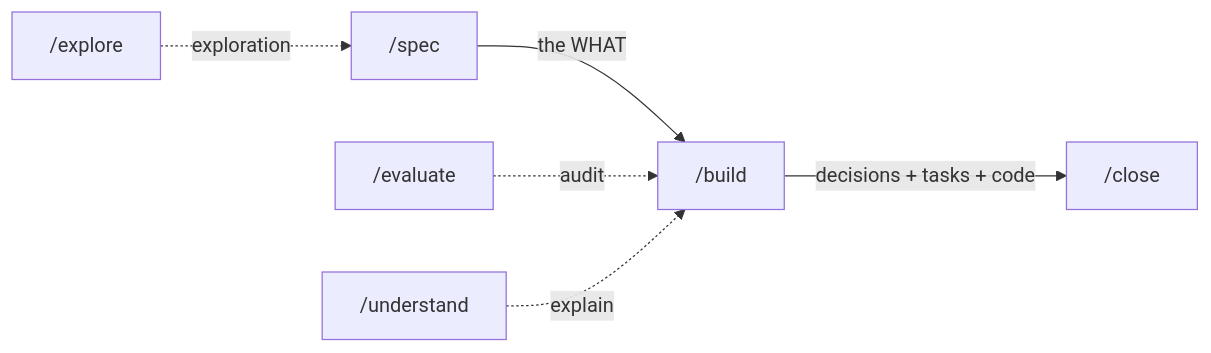
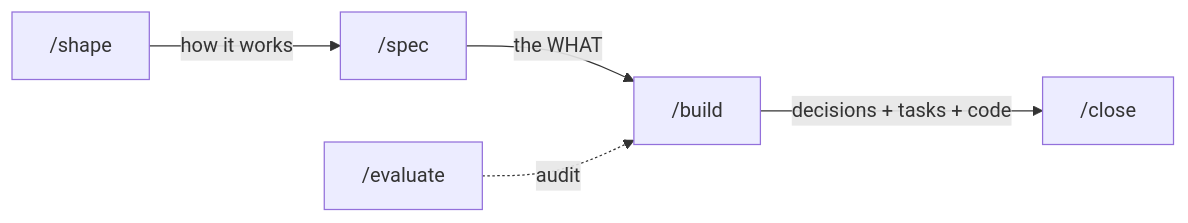
Before and after one commit to juanwmedia/craft: the diagram in README.md, drawn with Mermaid. The commit also changed other lines of this file and 21 other files, not shown here.

First line of the commit message:
feat: shape replaces explore and understand, the board shows how it works and how it looks

````diff
--- a/README.md
+++ b/README.md
@@ -25,8 +25,7 @@
 ```mermaid
 graph LR
-    X["/explore"] -.->|exploration| S["/spec"]
+    X["/shape"] -->|how it works| S["/spec"]
     S -->|the WHAT| B["/build"]
     B -->|decisions + tasks + code| C["/close"]
     E["/evaluate"] -.->|audit| B
-    U["/understand"] -.->|explain| B
 ```
````
